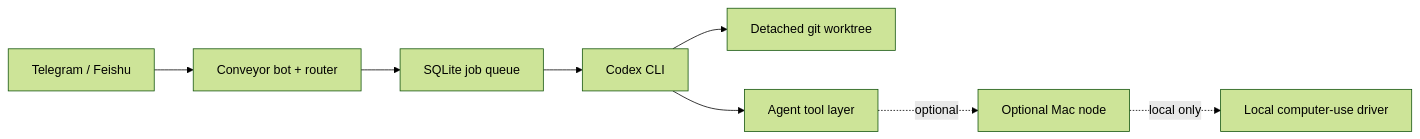
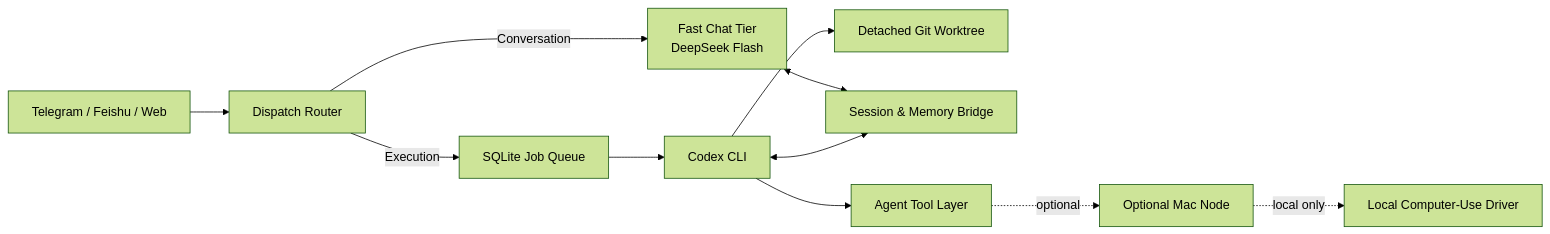
The diagram in README.md (mammut001/Conveyor), drawn with Mermaid (forest theme) before and after one commit. The commit also changed other lines of this file and 1 other file, not shown here.

Commit message:
docs: add dual-tier architecture diagrams, interaction flow and roadmap

````diff
--- a/README.md
+++ b/README.md
@@ -87,19 +160,24 @@
 ```mermaid
 flowchart LR
-    User[Telegram / Feishu]
-    Bot[Conveyor bot + router]
-    Queue[SQLite job queue]
+    User[Telegram / Feishu / Web]
+    Router[Dispatch Router]
+    Chat[Fast Chat Tier<br/>DeepSeek Flash]
+    Queue[SQLite Job Queue]
     Codex[Codex CLI]
-    WT[Detached git worktree]
-    Tools[Agent tool layer]
-    Node[Optional Mac node]
-    CUA[Local computer-use driver]
+    WT[Detached Git Worktree]
+    Bridge[Session & Memory Bridge]
+    Tools[Agent Tool Layer]
+    Node[Optional Mac Node]
+    CUA[Local Computer-Use Driver]
 
-    User --> Bot
-    Bot --> Queue
+    User --> Router
+    Router -->|Conversation| Chat
+    Router -->|Execution| Queue
     Queue --> Codex
     Codex --> WT
     Codex --> Tools
+    Chat <--> Bridge
+    Codex <--> Bridge
     Tools -. optional .-> Node
     Node -. local only .-> CUA
 ```
````
